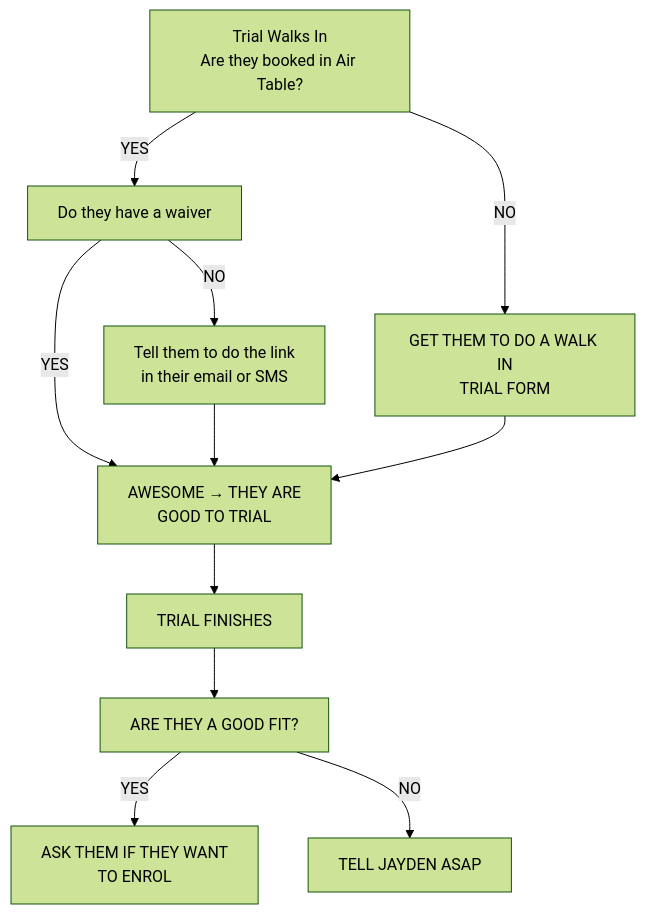
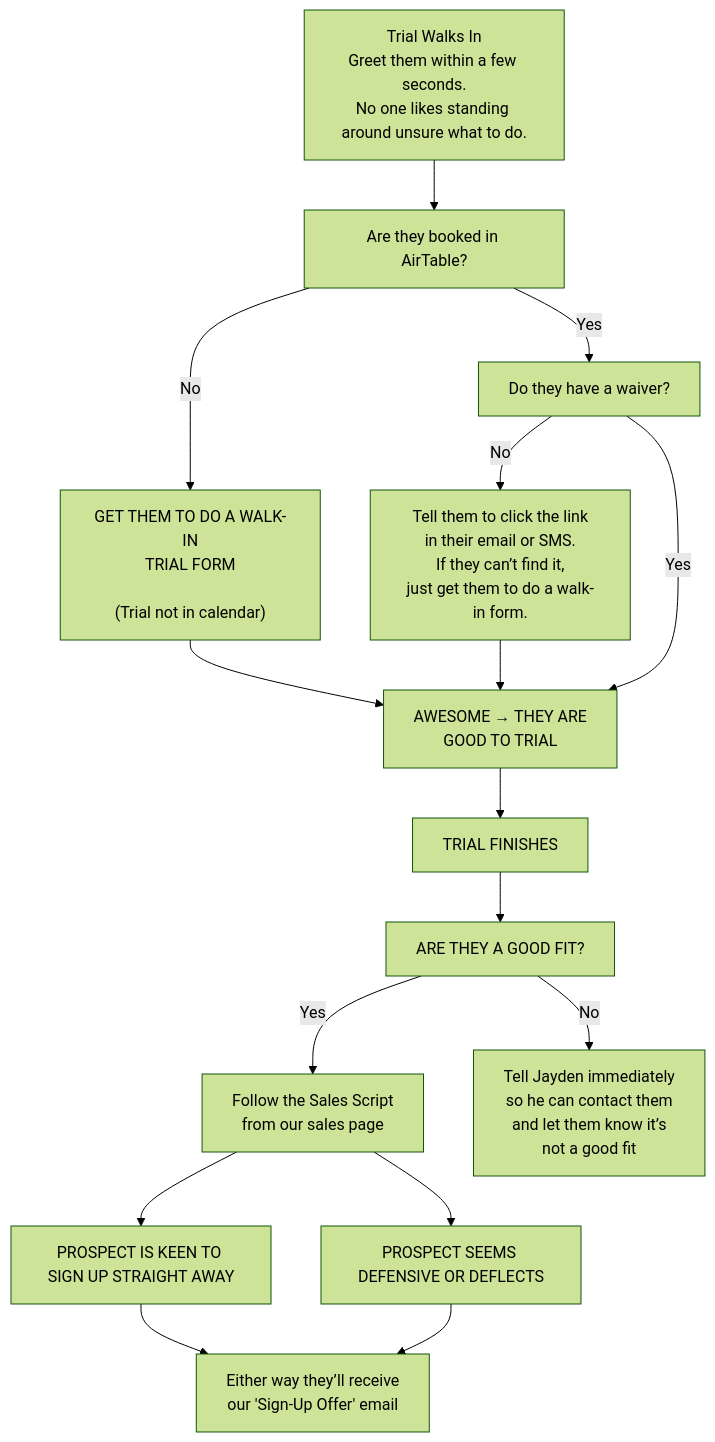
Before and after one commit to Jayden-Binnie/docs: the diagram in reception-sop.mdx, drawn with Mermaid (forest theme). The commit also changed other lines of this file and 3 other files, not shown here.

````diff
--- a/reception-sop.mdx
+++ b/reception-sop.mdx
@@ -102,28 +79,35 @@
 ```mermaid
 flowchart TB
-    A["Trial Walks In<br>Are they booked in Air Table?"]
-    B["Do they have a waiver"]
-    C["Tell them to do the link<br>in their email or SMS"]
-    D["GET THEM TO DO A WALK IN<br>TRIAL FORM"]
-    E["AWESOME → THEY ARE<br>GOOD TO TRIAL"]
-    F["TRIAL FINISHES"]
-    G["ARE THEY A GOOD FIT?"]
-    H["ASK THEM IF THEY WANT<br>TO ENROL"]
-    I["TELL JAYDEN ASAP"]
+    %% Entry point
+    A["Trial Walks In<br>Greet them within a few seconds.<br>No one likes standing around unsure what to do."]
 
-    %% Connections
-    A -->|YES| B
-    A -->|NO| D
+    %% Check AirTable
+    B["Are they booked in AirTable?"]
+    A --> B
 
-    B -->|YES| E
-    B -->|NO| C
+    %% Not in AirTable
+    B -->|No| C["GET THEM TO DO A WALK-IN<br>TRIAL FORM<br><br>(Trial not in calendar)"]
+    %% Booked in AirTable
+    B -->|Yes| D["Do they have a waiver?"]
 
-    C --> E
-    D --> E
+    %% Waiver logic
+    D -->|No| E["Tell them to click the link<br>in their email or SMS.<br>If they can’t find it,<br>just get them to do a walk-in form."]
+    D -->|Yes| F["AWESOME → THEY ARE<br>GOOD TO TRIAL"]
 
+    %% Trial happens
+    C --> F
     E --> F
-    F --> G
+    F --> G["TRIAL FINISHES"]
 
-    G -->|YES| H
-    G -->|NO| I
+    %% Fit evaluation
+    G --> H["ARE THEY A GOOD FIT?"]
+    H -->|Yes| I["Follow the Sales Script<br>from our sales page"]
+    H -->|No| J["Tell Jayden immediately<br>so he can contact them<br>and let them know it’s<br>not a good fit"]
+
+    %% Prospect reactions (extra section)
+    I --> K["PROSPECT IS KEEN TO SIGN UP STRAIGHT AWAY"]
+    I --> L["PROSPECT SEEMS DEFENSIVE OR DEFLECTS"]
+    K --> M["Either way they’ll receive<br>our 'Sign-Up Offer' email"]
+    L --> M
+
 ```
````
